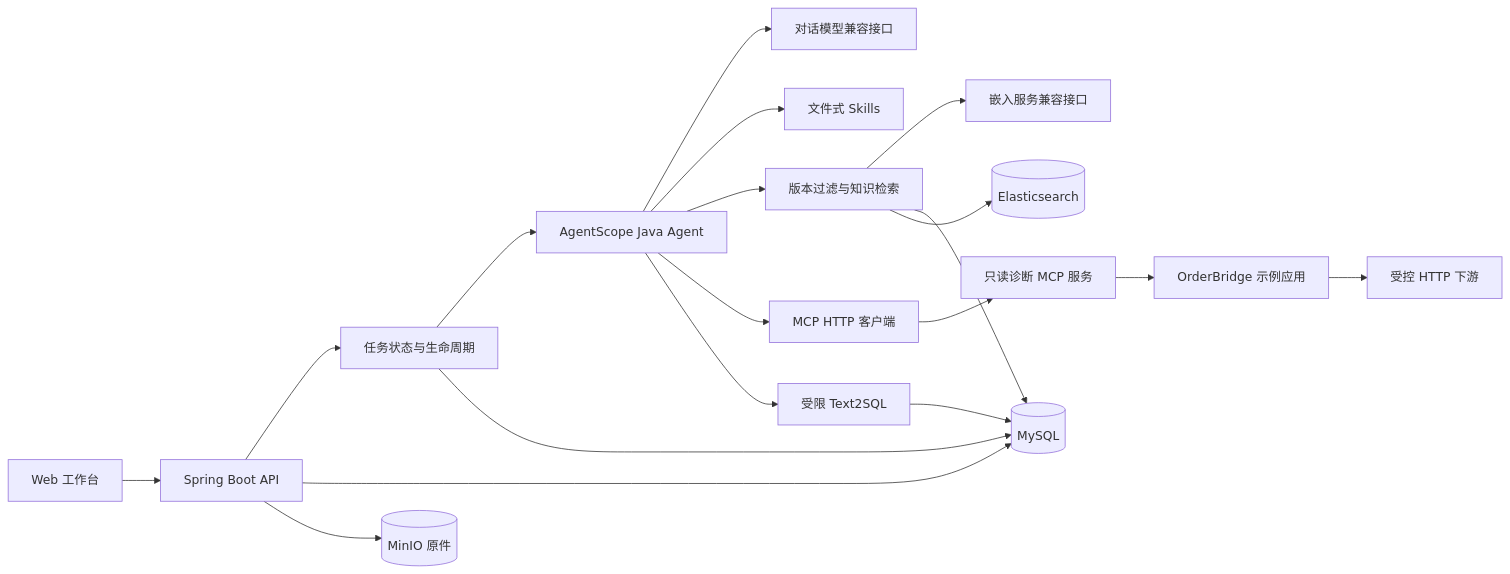
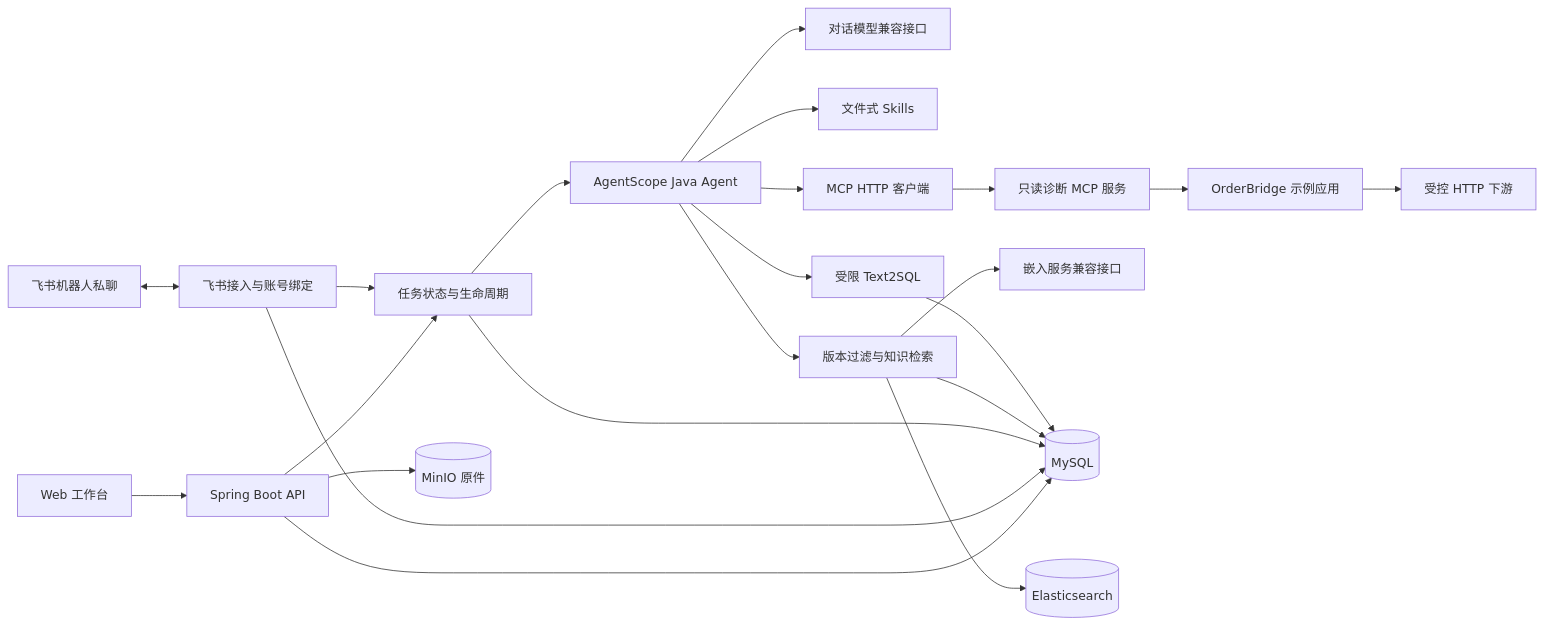
One commit to laohandong/supportops changed the third of 3 diagrams in README.md. Above: the diagram before and after it, drawn with Mermaid. The commit also changed other lines of this file and 63 other files, not shown here.

````diff
--- a/README.md
+++ b/README.md
@@ -207,21 +236,24 @@
 ```mermaid
 flowchart LR
     UI[Web 工作台] --> API[Spring Boot API]
     API --> Harness[任务状态与生命周期]
+    Feishu[飞书机器人私聊] <--> Channel[飞书接入与账号绑定]
+    Channel --> Harness
     Harness --> Agent[AgentScope Java Agent]
     Agent --> Model[对话模型兼容接口]
     Agent --> Skills[文件式 Skills]
     Agent --> RAG[版本过滤与知识检索]
     Agent --> MCP[MCP HTTP 客户端]
     MCP --> Server[只读诊断 MCP 服务]
     Server --> Demo[OrderBridge 示例应用]
     Demo --> Downstream[受控 HTTP 下游]
     RAG --> Embedding[嵌入服务兼容接口]
     API --> DB[(MySQL)]
+    Channel --> DB
     Harness --> DB
     RAG --> DB
     RAG --> ES[(Elasticsearch)]
     API --> MinIO[(MinIO 原件)]
     Agent --> SQL[受限 Text2SQL]
     SQL --> DB
 ```
````
